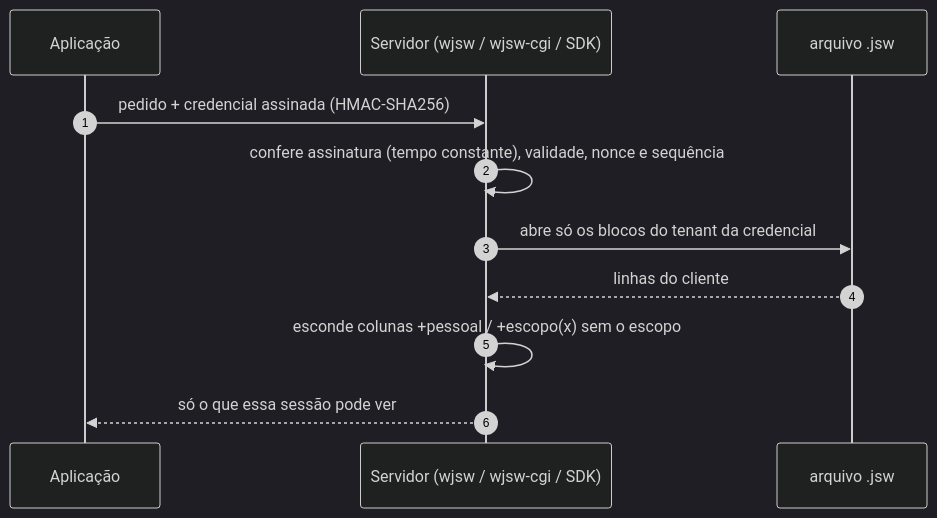
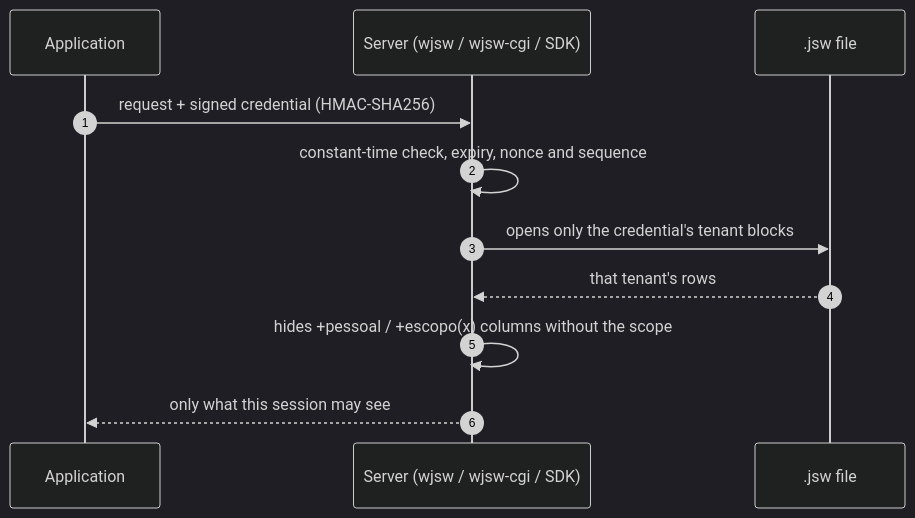
Before and after one commit to developer-wortic/jsonw: the second of 2 diagrams in README.md, drawn with Mermaid (dark theme). The commit also changed other lines of this file and 6 other files, not shown here.

````diff
--- a/README.md
+++ b/README.md
@@ -182,13 +178,13 @@
 ```mermaid
 sequenceDiagram
     autonumber
-    participant App as Aplicação
-    participant S as Servidor (wjsw / wjsw-cgi / SDK)
-    participant F as arquivo .jsw
-    App->>S: pedido + credencial assinada (HMAC-SHA256)
-    S->>S: confere assinatura (tempo constante), validade, nonce e sequência
-    S->>F: abre só os blocos do tenant da credencial
-    F-->>S: linhas do cliente
-    S->>S: esconde colunas +pessoal / +escopo(x) sem o escopo
-    S-->>App: só o que essa sessão pode ver
+    participant App as Application
+    participant S as Server (wjsw / wjsw-cgi / SDK)
+    participant F as .jsw file
+    App->>S: request + signed credential (HMAC-SHA256)
+    S->>S: constant-time check, expiry, nonce and sequence
+    S->>F: opens only the credential's tenant blocks
+    F-->>S: that tenant's rows
+    S->>S: hides +pessoal / +escopo(x) columns without the scope
+    S-->>App: only what this session may see
 ```
````
